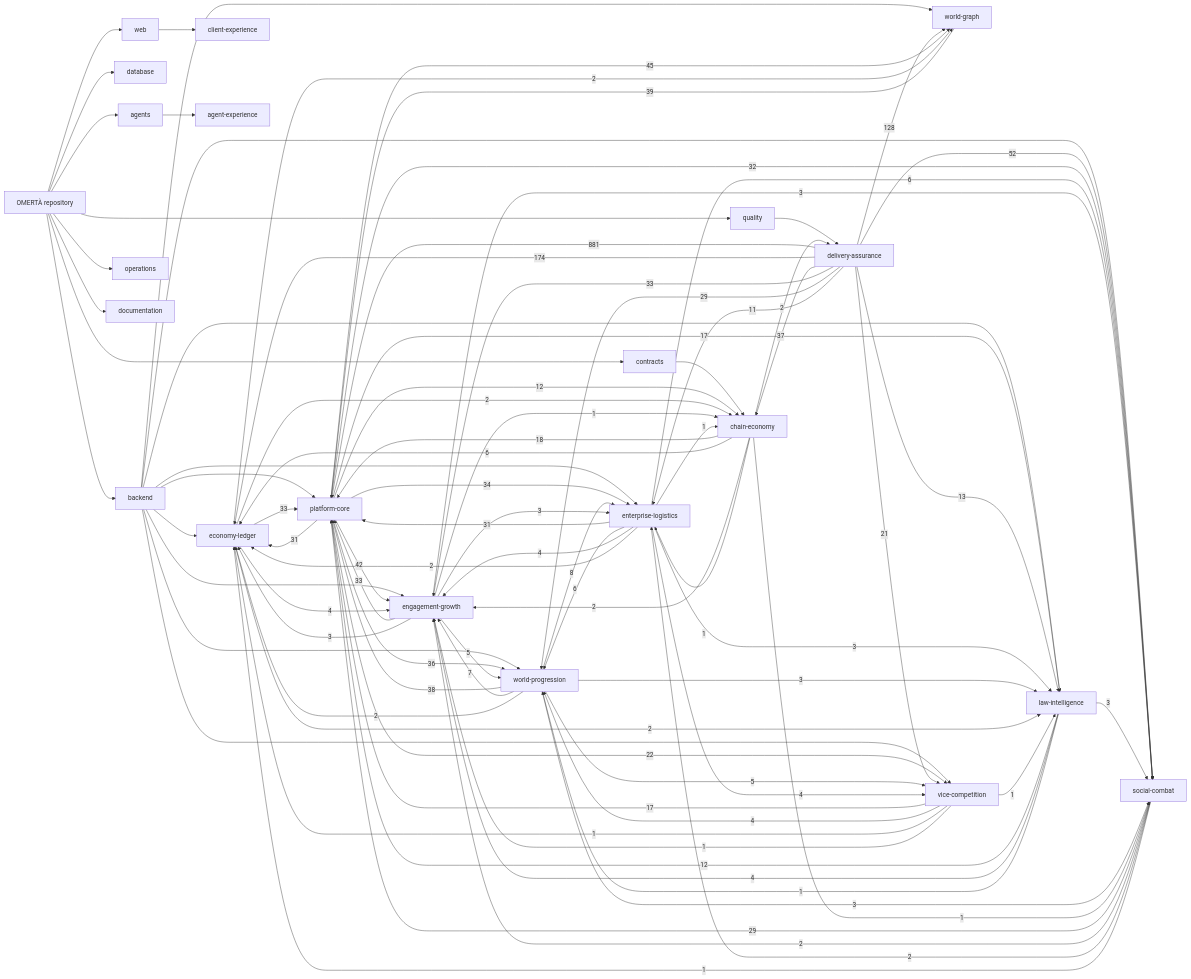
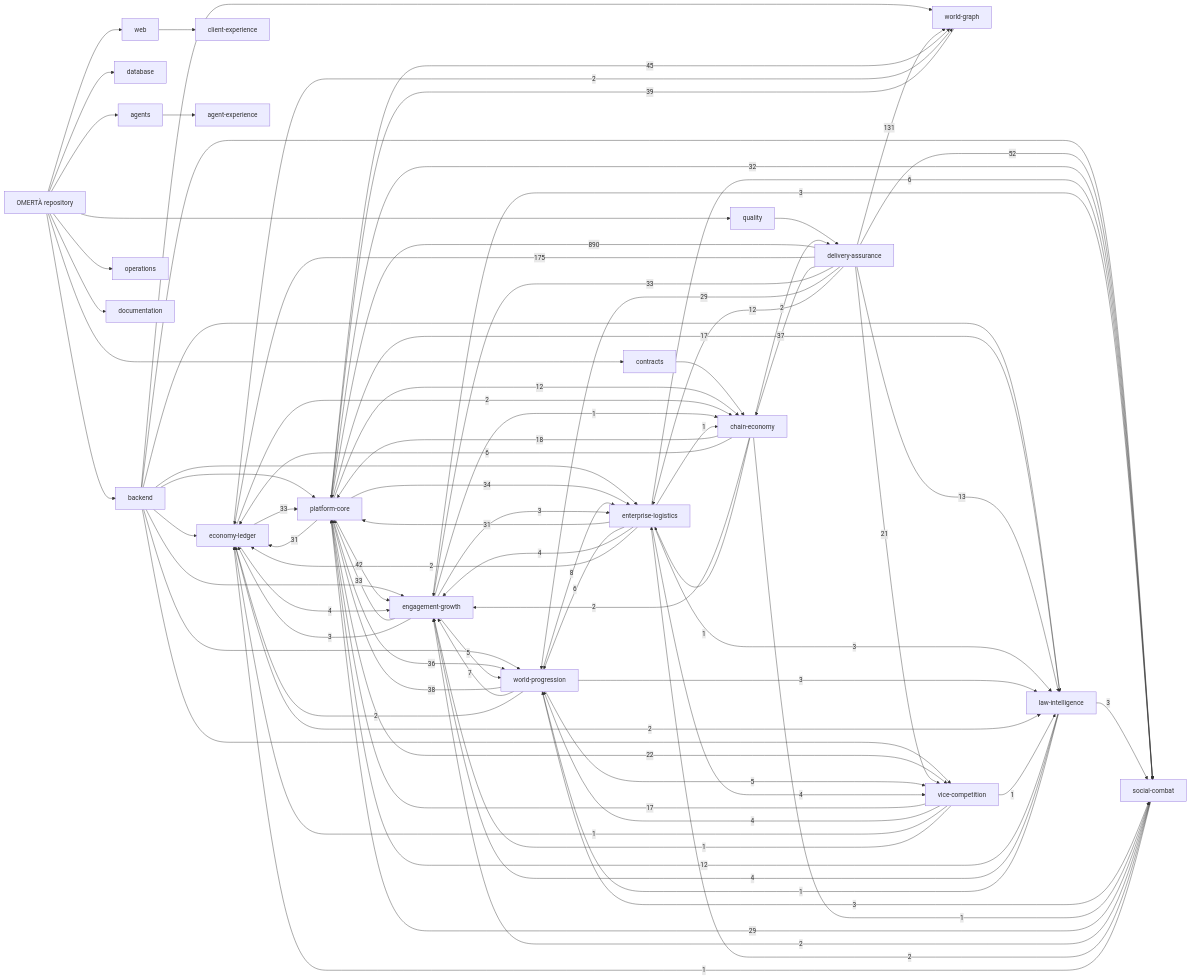
One commit to OmertaDev/Omerta changed the diagram in knowledge/generated/graph.mmd. Above: the diagram before and after it, drawn with Mermaid. The commit also changed 6 other files, not shown here.

```diff
--- a/knowledge/generated/graph.mmd
+++ b/knowledge/generated/graph.mmd
@@ -1,109 +1,109 @@
 flowchart LR
   repo["OMERTÀ repository"]
   sub_backend["backend"]
   repo --> sub_backend
   sub_database["database"]
   repo --> sub_database
   sub_web["web"]
   repo --> sub_web
   sub_contracts["contracts"]
   repo --> sub_contracts
   sub_agents["agents"]
   repo --> sub_agents
   sub_quality["quality"]
   repo --> sub_quality
   sub_operations["operations"]
   repo --> sub_operations
   sub_documentation["documentation"]
   repo --> sub_documentation
   dom_platform-core["platform-core"]
   dom_economy-ledger["economy-ledger"]
   dom_social-combat["social-combat"]
   dom_world-progression["world-progression"]
   dom_world-graph["world-graph"]
   dom_enterprise-logistics["enterprise-logistics"]
   dom_vice-competition["vice-competition"]
   dom_law-intelligence["law-intelligence"]
   dom_chain-economy["chain-economy"]
   dom_engagement-growth["engagement-growth"]
   dom_client-experience["client-experience"]
   dom_agent-experience["agent-experience"]
   dom_delivery-assurance["delivery-assurance"]
   sub_agents --> dom_agent-experience
   sub_backend --> dom_economy-ledger
   sub_backend --> dom_engagement-growth
   sub_backend --> dom_enterprise-logistics
   sub_backend --> dom_law-intelligence
   sub_backend --> dom_platform-core
   sub_backend --> dom_social-combat
   sub_backend --> dom_vice-competition
   sub_backend --> dom_world-graph
   sub_backend --> dom_world-progression
   sub_contracts --> dom_chain-economy
   sub_quality --> dom_delivery-assurance
   sub_web --> dom_client-experience
-  dom_delivery-assurance -->|881| dom_platform-core
-  dom_delivery-assurance -->|174| dom_economy-ledger
-  dom_delivery-assurance -->|128| dom_world-graph
+  dom_delivery-assurance -->|890| dom_platform-core
+  dom_delivery-assurance -->|175| dom_economy-ledger
+  dom_delivery-assurance -->|131| dom_world-graph
   dom_delivery-assurance -->|52| dom_social-combat
   dom_platform-core -->|45| dom_world-graph
   dom_platform-core -->|42| dom_engagement-growth
   dom_world-graph -->|39| dom_platform-core
   dom_world-progression -->|38| dom_platform-core
   dom_delivery-assurance -->|37| dom_chain-economy
   dom_platform-core -->|36| dom_world-progression
   dom_platform-core -->|34| dom_enterprise-logistics
   dom_delivery-assurance -->|33| dom_engagement-growth
   dom_economy-ledger -->|33| dom_platform-core
   dom_engagement-growth -->|33| dom_platform-core
   dom_platform-core -->|32| dom_social-combat
   dom_enterprise-logistics -->|31| dom_platform-core
   dom_platform-core -->|31| dom_economy-ledger
   dom_delivery-assurance -->|29| dom_world-progression
   dom_social-combat -->|29| dom_platform-core
   dom_platform-core -->|22| dom_vice-competition
   dom_delivery-assurance -->|21| dom_vice-competition
   dom_chain-economy -->|18| dom_platform-core
   dom_platform-core -->|17| dom_law-intelligence
   dom_vice-competition -->|17| dom_platform-core
   dom_delivery-assurance -->|13| dom_law-intelligence
+  dom_delivery-assurance -->|12| dom_enterprise-logistics
   dom_law-intelligence -->|12| dom_platform-core
   dom_platform-core -->|12| dom_chain-economy
-  dom_delivery-assurance -->|11| dom_enterprise-logistics
   dom_world-progression -->|8| dom_enterprise-logistics
   dom_world-progression -->|7| dom_engagement-growth
   dom_chain-economy -->|6| dom_economy-ledger
   dom_enterprise-logistics -->|6| dom_social-combat
   dom_enterprise-logistics -->|6| dom_world-progression
   dom_engagement-growth -->|5| dom_world-progression
   dom_world-progression -->|5| dom_vice-competition
   dom_economy-ledger -->|4| dom_engagement-growth
   dom_enterprise-logistics -->|4| dom_engagement-growth
   dom_enterprise-logistics -->|4| dom_vice-competition
   dom_law-intelligence -->|4| dom_engagement-growth
   dom_vice-competition -->|4| dom_world-progression
   dom_engagement-growth -->|3| dom_economy-ledger
   dom_engagement-growth -->|3| dom_enterprise-logistics
   dom_engagement-growth -->|3| dom_social-combat
   dom_enterprise-logistics -->|3| dom_law-intelligence
   dom_law-intelligence -->|3| dom_social-combat
   dom_world-progression -->|3| dom_law-intelligence
   dom_world-progression -->|3| dom_social-combat
   dom_chain-economy -->|2| dom_delivery-assurance
   dom_chain-economy -->|2| dom_engagement-growth
   dom_economy-ledger -->|2| dom_chain-economy
   dom_economy-ledger -->|2| dom_law-intelligence
   dom_economy-ledger -->|2| dom_world-graph
   dom_enterprise-logistics -->|2| dom_economy-ledger
   dom_social-combat -->|2| dom_engagement-growth
   dom_social-combat -->|2| dom_enterprise-logistics
   dom_world-progression -->|2| dom_economy-ledger
   dom_chain-economy -->|1| dom_enterprise-logistics
   dom_chain-economy -->|1| dom_social-combat
   dom_engagement-growth -->|1| dom_chain-economy
   dom_enterprise-logistics -->|1| dom_chain-economy
   dom_law-intelligence -->|1| dom_world-progression
   dom_social-combat -->|1| dom_economy-ledger
   dom_vice-competition -->|1| dom_economy-ledger
   dom_vice-competition -->|1| dom_engagement-growth
   dom_vice-competition -->|1| dom_law-intelligence
```
